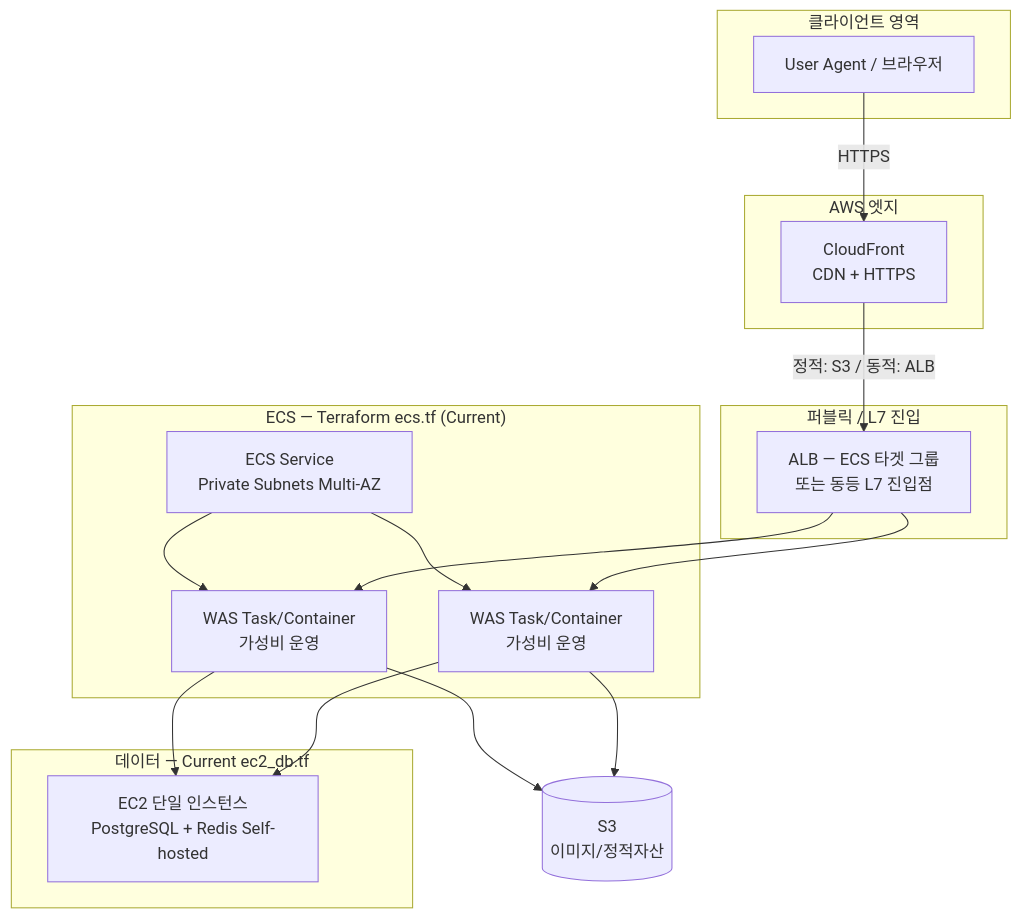
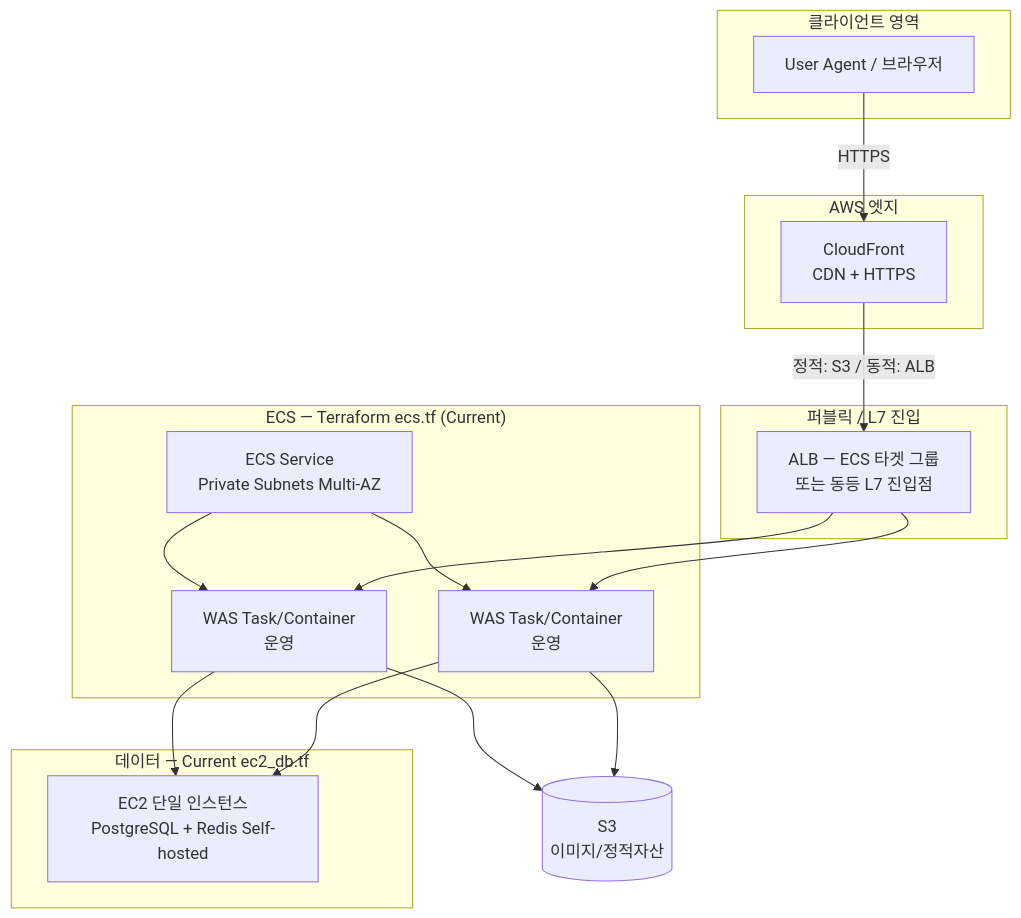
Before and after one commit to kyjness/2-kyjness-community-be: the first of 4 diagrams in docs/infrastructure-reliability-design.md, drawn with Mermaid. The commit also changed other lines of this file and 10 other files, not shown here.

````diff
--- a/docs/infrastructure-reliability-design.md
+++ b/docs/infrastructure-reliability-design.md
@@ -45,37 +69,37 @@
 ```mermaid
 graph TD
     subgraph Client["클라이언트 영역"]
         UA[User Agent / 브라우저]
     end
 
     subgraph AWS_Edge["AWS 엣지"]
         CF[CloudFront<br/>CDN + HTTPS]
     end
 
     subgraph Public_Subnet["퍼블릭 / L7 진입"]
         ALB[ALB — ECS 타겟 그룹<br/>또는 동등 L7 진입점]
     end
 
     subgraph ECS_Plane["ECS — Terraform ecs.tf (Current)"]
         SVC[ECS Service<br/>Private Subnets Multi-AZ]
-        P1[WAS Task/Container<br/>가성비 운영]
-        P2[WAS Task/Container<br/>가성비 운영]
+        P1[WAS Task/Container<br/> 운영]
+        P2[WAS Task/Container<br/> 운영]
         SVC --> P1
         SVC --> P2
     end
 
     subgraph Data_Current["데이터 — Current ec2_db.tf"]
         DBEC2[EC2 단일 인스턴스<br/>PostgreSQL + Redis Self-hosted]
     end
 
     S3[(S3<br/>이미지/정적자산)]
 
     UA -->|HTTPS| CF
     CF -->|정적: S3 / 동적: ALB| ALB
     ALB --> P1
     ALB --> P2
     P1 --> DBEC2
     P2 --> DBEC2
     P1 --> S3
     P2 --> S3
 ```
````
